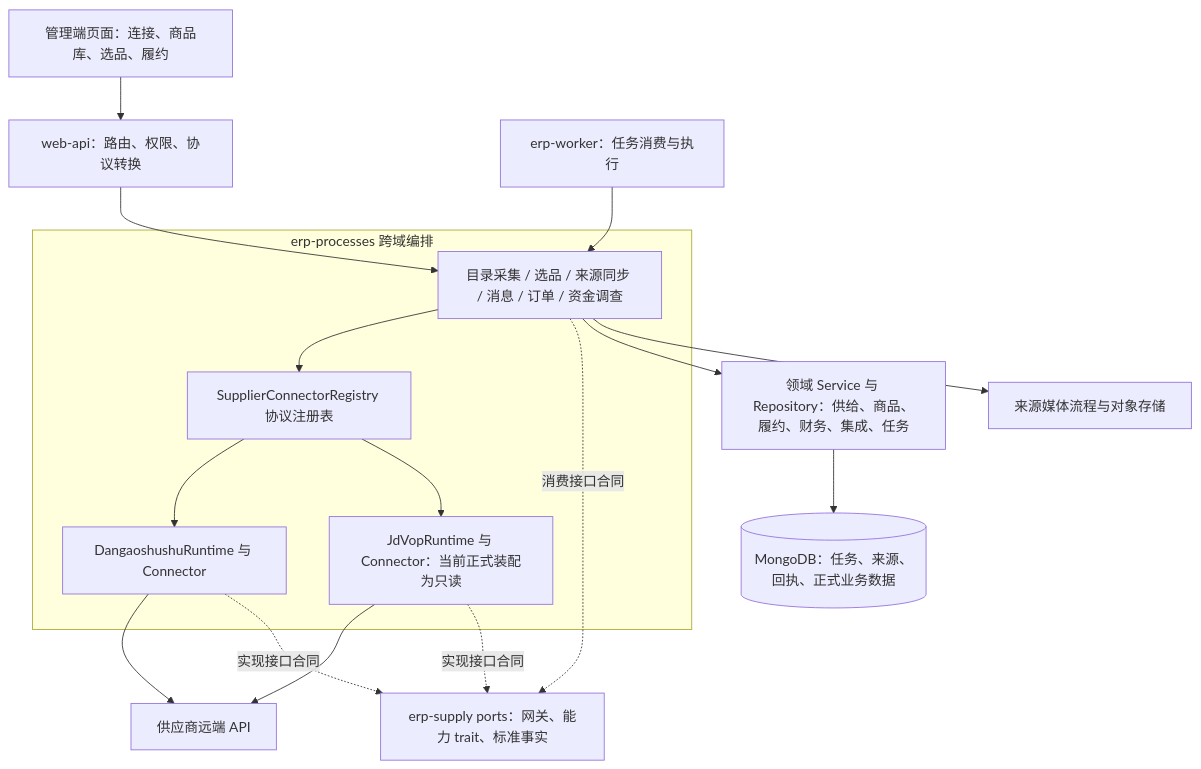
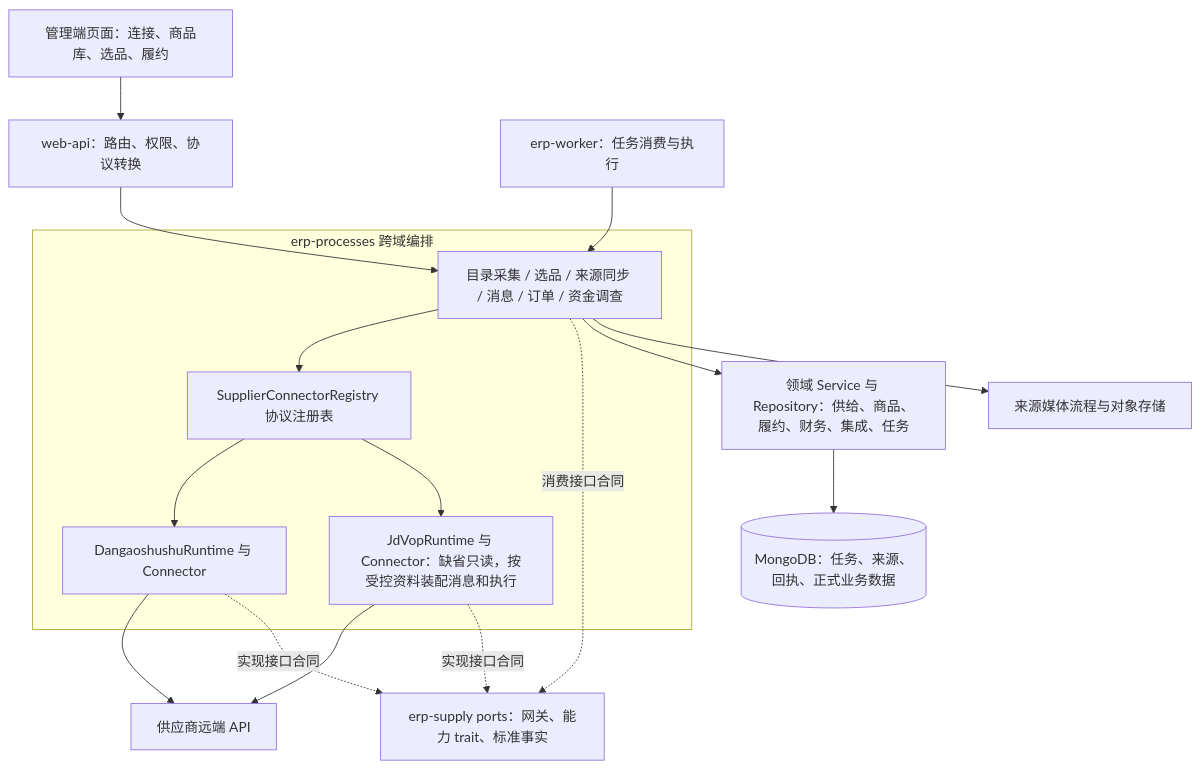
One commit to mztlive/erp changed the first of 5 diagrams in docs/supplier-api-implementation.md. Above: the diagram before and after it, drawn with Mermaid. The commit also changed other lines of this file and 69 other files, not shown here.

````diff
--- a/docs/supplier-api-implementation.md
+++ b/docs/supplier-api-implementation.md
@@ -28,31 +28,31 @@
 ```mermaid
 flowchart TB
     UI["管理端页面：连接、商品库、选品、履约"]
     API["web-api：路由、权限、协议转换"]
     WORKER["erp-worker：任务消费与执行"]
     subgraph Processes["erp-processes 跨域编排"]
         P["目录采集 / 选品 / 来源同步 / 消息 / 订单 / 资金调查"]
         R["SupplierConnectorRegistry 协议注册表"]
         DG["DangaoshushuRuntime 与 Connector"]
-        JD["JdVopRuntime 与 Connector：当前正式装配为只读"]
+        JD["JdVopRuntime 与 Connector：缺省只读，按受控资料装配消息和执行"]
     end
     PORT["erp-supply ports：网关、能力 trait、标准事实"]
     DOMAIN["领域 Service 与 Repository：供给、商品、履约、财务、集成、任务"]
     DB[("MongoDB：任务、来源、回执、正式业务数据")]
     MEDIA["来源媒体流程与对象存储"]
     EXT["供应商远端 API"]
     UI --> API
     API --> P
     WORKER --> P
     P --> R
     R --> DG
     R --> JD
     DG --> EXT
     JD --> EXT
     P -. "消费接口合同" .-> PORT
     DG -. "实现接口合同" .-> PORT
     JD -. "实现接口合同" .-> PORT
     P --> DOMAIN
     DOMAIN --> DB
     P --> MEDIA
 ```
````
